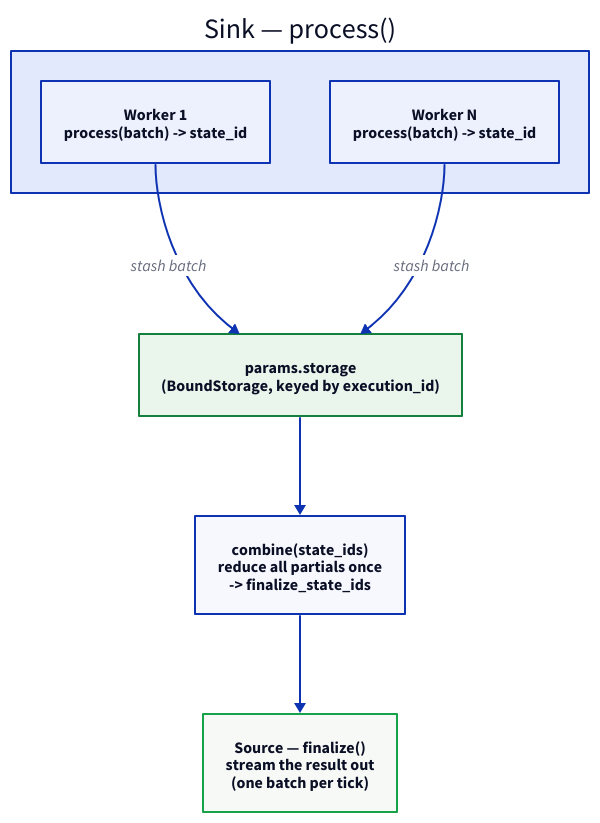
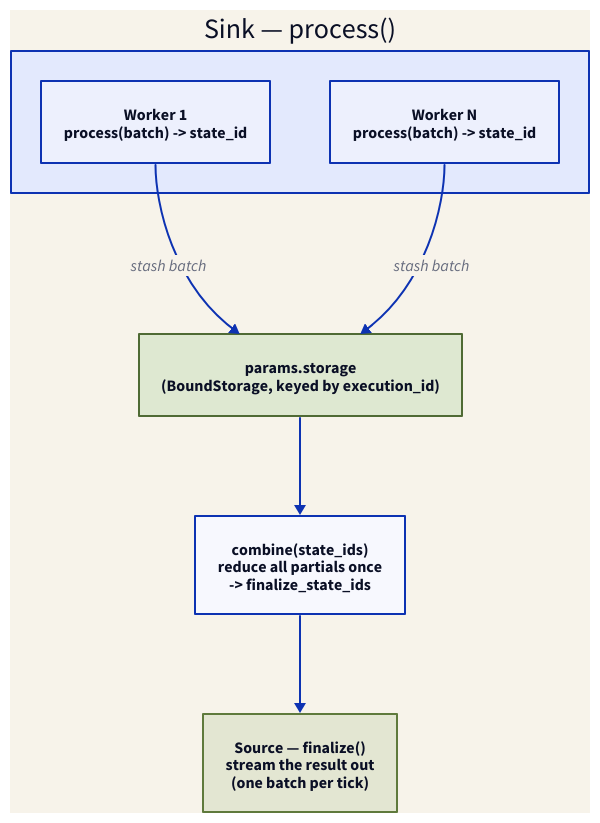
One commit to Query-farm/query-farm-astro changed the diagram in src/diagrams/lifecycle/buffering.d2. Above: the diagram before and after it, drawn with D2. The commit also changed 297 other files, not shown here.

```diff
--- a/src/diagrams/lifecycle/buffering.d2
+++ b/src/diagrams/lifecycle/buffering.d2
@@ -1,24 +1,25 @@
+style.fill: "#f7f3ea"   # soil-50 paper — was d2 theme white, which fought the page ground
 # Buffering lifecycle: sink (process) → combine → source (finalize), via params.storage
 direction: down
 
 sink: "Sink — process()" {
   w1: "Worker 1\nprocess(batch) -> state_id"
   w2: "Worker N\nprocess(batch) -> state_id"
 }
 
 storage: "params.storage\n(BoundStorage, keyed by execution_id)" {
-  style.fill: "#eaf5ec"
-  style.stroke: "#15803d"
+  style.fill: "#dee8d1"
+  style.stroke: "#4f6a34"
 }
 
 combine: "combine(state_ids)\nreduce all partials once\n-> finalize_state_ids"
 
 source: "Source — finalize()\nstream the result out\n(one batch per tick)" {
-  style.fill: "#f6f9f5"
-  style.stroke: "#16a34a"
+  style.fill: "#e3e6d2"
+  style.stroke: "#5f7a3c"
 }
 
 sink.w1 -> storage: stash batch
 sink.w2 -> storage: stash batch
 storage -> combine
 combine -> source
```
